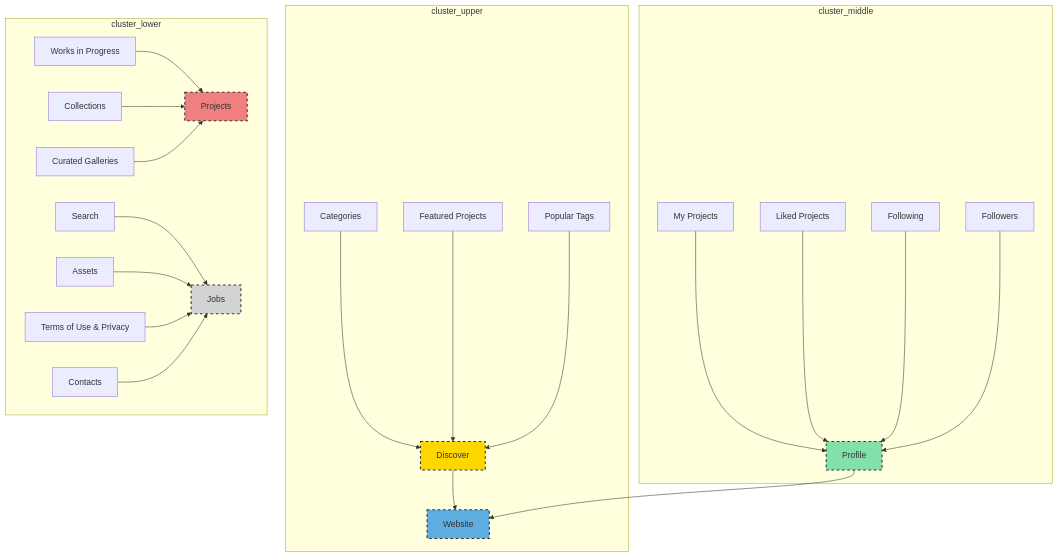
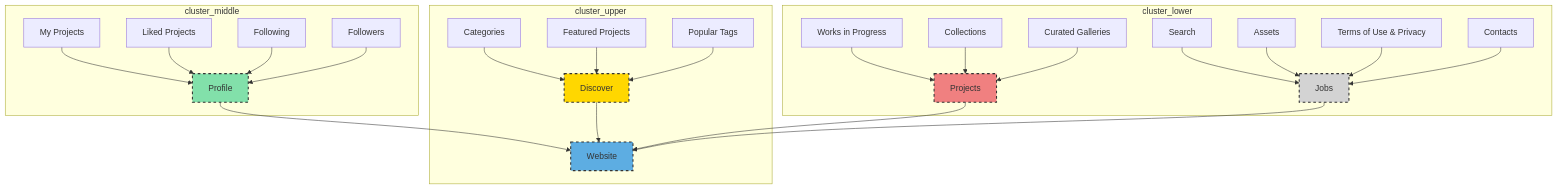
The diagram in README.md (Yarema91/Blockscheme-), drawn with Mermaid before and after one commit.

````diff
--- a/README.md
+++ b/README.md
@@ -3,47 +3,48 @@
 ```mermaid
 graph TB;
 
 style A fill:#5DADE2, stroke:#333, stroke-width:2px, stroke-dasharray: 5, 5, shape:rect;
 style B fill:#FFD700, stroke:#333, stroke-width:2px, stroke-dasharray: 5, 5, shape:rect;
 style F fill:#82E0AA, stroke:#333, stroke-width:2px, stroke-dasharray: 5, 5, shape:rect;
 style K fill:#F08080, stroke:#333, stroke-width:2px, stroke-dasharray: 5, 5, shape:rect;
 style O fill:#D3D3D3, stroke:#333, stroke-width:2px, stroke-dasharray: 5, 5, shape:rect;
 
 subgraph cluster_upper
   A[Website]
   B[Discover]
   C[Categories]
   D[Featured Projects]
   E[Popular Tags]
 end
 
 subgraph cluster_middle
   F[Profile]
   G[My Projects]
   H[Liked Projects]
   I[Following]
   J[Followers]
 end
 
 subgraph cluster_lower
   K[Projects]
   L[Works in Progress]
   M[Collections]
   N[Curated Galleries]
   O[Jobs]
   P[Search]
   Q[Assets]
   R[Terms of Use & Privacy]
   S[Contacts]
 end
 
 B --> A;
 F --> A;
 
 C & D & E --> B;
 G & H & I & J --> F;
 L & M & N --> K;
 P & Q & R & S --> O;
+K & O --> A
 
 
 ```
````
